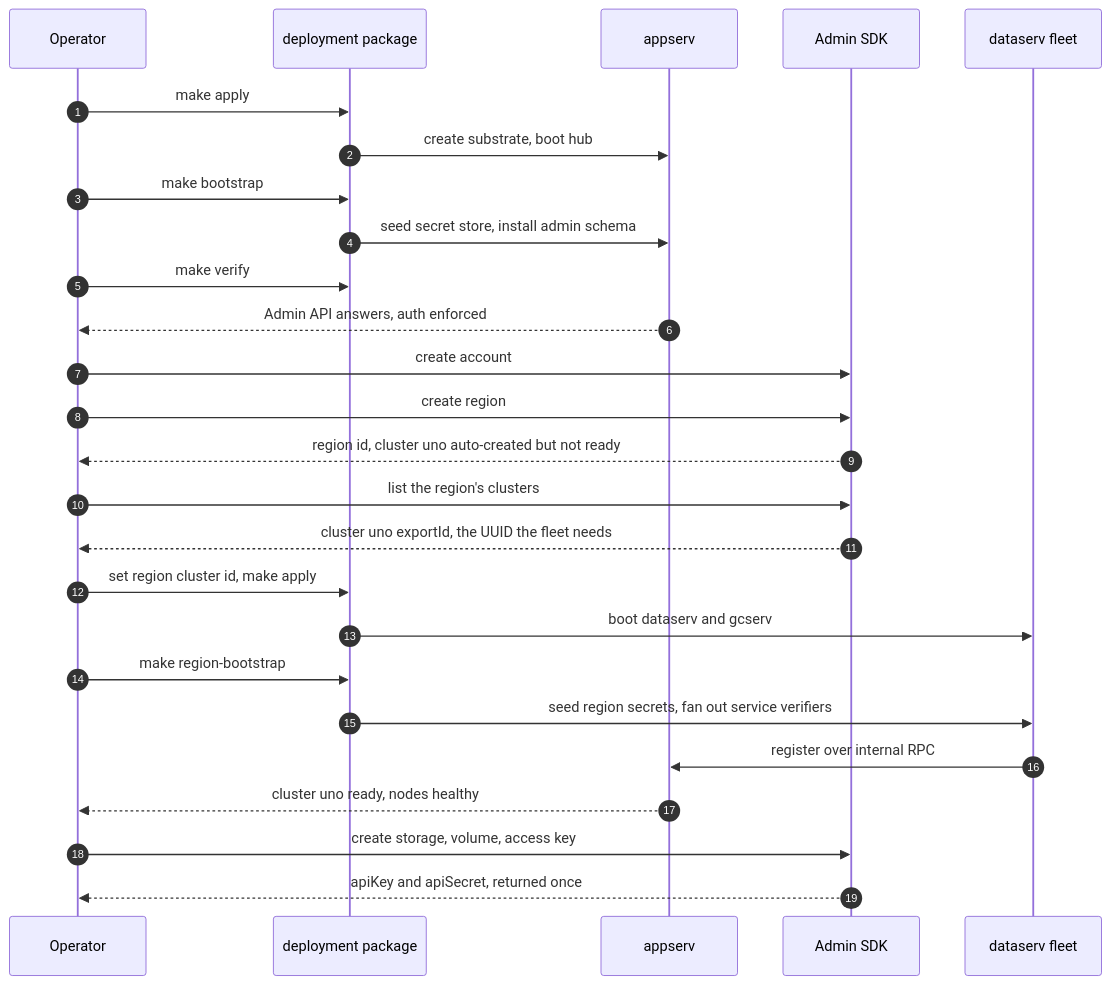
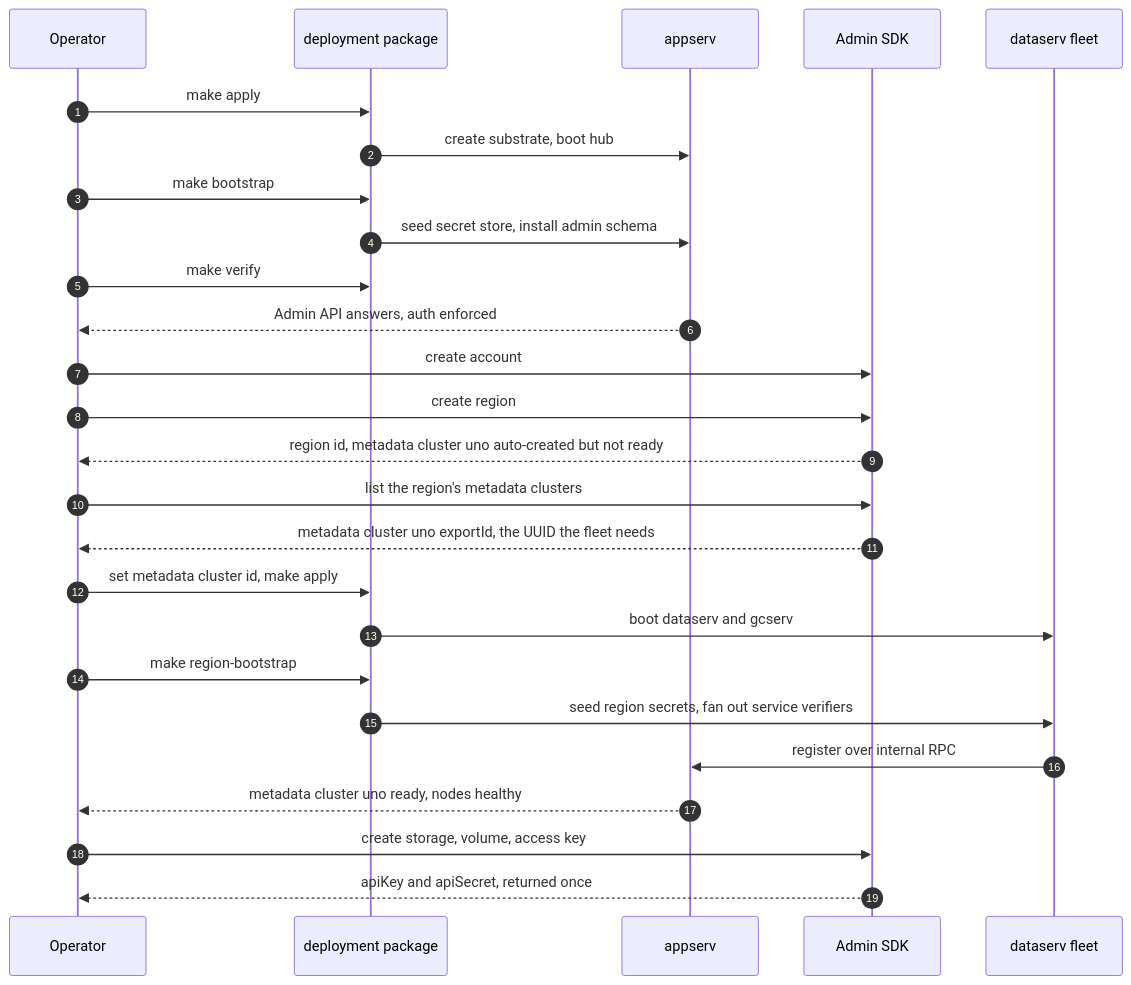
One commit to mountos-io/skills changed the third of 6 diagrams in deploy/deploy.bundle.md. Above: the diagram before and after it, drawn with Mermaid. The commit also changed other lines of this file and 7 other files, not shown here.

First line of the commit message:
docs: rename region_cluster -> Metadata cluster in deploy skill prose

````diff
--- a/deploy/deploy.bundle.md
+++ b/deploy/deploy.bundle.md
@@ -302,32 +303,32 @@
 ```mermaid
 sequenceDiagram
   autonumber
   participant OP as Operator
   participant TF as deployment package
   participant HUB as appserv
   participant SDK as Admin SDK
   participant DS as dataserv fleet
 
   OP->>TF: make apply
   TF->>HUB: create substrate, boot hub
   OP->>TF: make bootstrap
   TF->>HUB: seed secret store, install admin schema
   OP->>TF: make verify
   HUB-->>OP: Admin API answers, auth enforced
 
   OP->>SDK: create account
   OP->>SDK: create region
-  SDK-->>OP: region id, cluster uno auto-created but not ready
-  OP->>SDK: list the region's clusters
-  SDK-->>OP: cluster uno exportId, the UUID the fleet needs
+  SDK-->>OP: region id, metadata cluster uno auto-created but not ready
+  OP->>SDK: list the region's metadata clusters
+  SDK-->>OP: metadata cluster uno exportId, the UUID the fleet needs
 
-  OP->>TF: set region cluster id, make apply
+  OP->>TF: set metadata cluster id, make apply
   TF->>DS: boot dataserv and gcserv
   OP->>TF: make region-bootstrap
   TF->>DS: seed region secrets, fan out service verifiers
   DS->>HUB: register over internal RPC
-  HUB-->>OP: cluster uno ready, nodes healthy
+  HUB-->>OP: metadata cluster uno ready, nodes healthy
 
   OP->>SDK: create storage, volume, access key
   SDK-->>OP: apiKey and apiSecret, returned once
 ```
````
